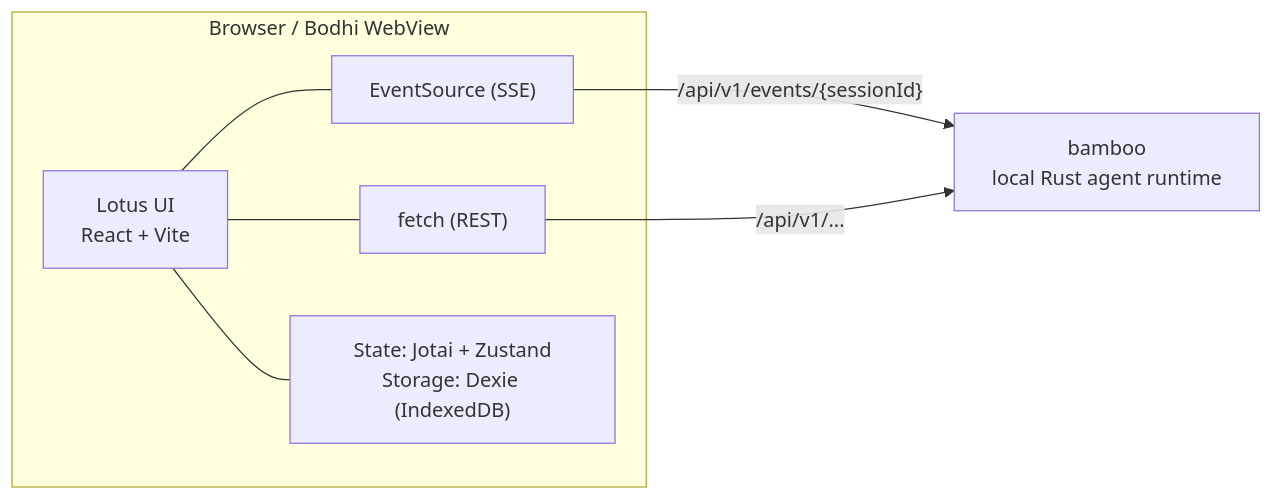
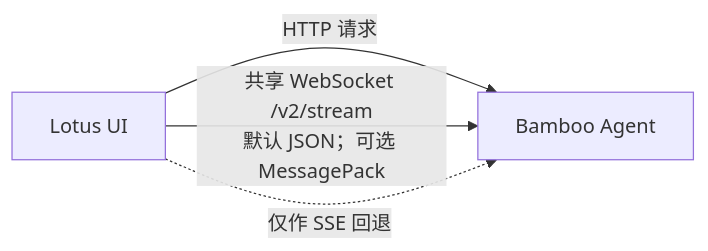
One commit to bigduu/Lotus changed the diagram in README.zh-CN.md. Above: the diagram before and after it, drawn with Mermaid. The commit also changed other lines of this file and 1 other file, not shown here.

````diff
--- a/README.zh-CN.md
+++ b/README.zh-CN.md
@@ -35,15 +20,6 @@
 ```mermaid
 flowchart LR
-  subgraph Browser["Browser / Bodhi WebView"]
-    UI["Lotus UI<br/>React + Vite"]
-    ES["EventSource (SSE)"]
-    REST["fetch (REST)"]
-    Store["State: Jotai + Zustand<br/>Storage: Dexie (IndexedDB)"]
-    UI --- Store
-    UI --- ES
-    UI --- REST
-  end
-  ES -- "/api/v1/events/{sessionId}" --> Bamboo
-  REST -- "/api/v1/..." --> Bamboo
-  Bamboo["bamboo<br/>local Rust agent runtime"]
+  UI["Lotus UI"] -->|"HTTP 请求"| Bamboo["Bamboo Agent"]
+  UI -->|"共享 WebSocket /v2/stream<br/>默认 JSON；可选 MessagePack"| Bamboo
+  UI -.->|"仅作 SSE 回退"| Bamboo
 ```
````
